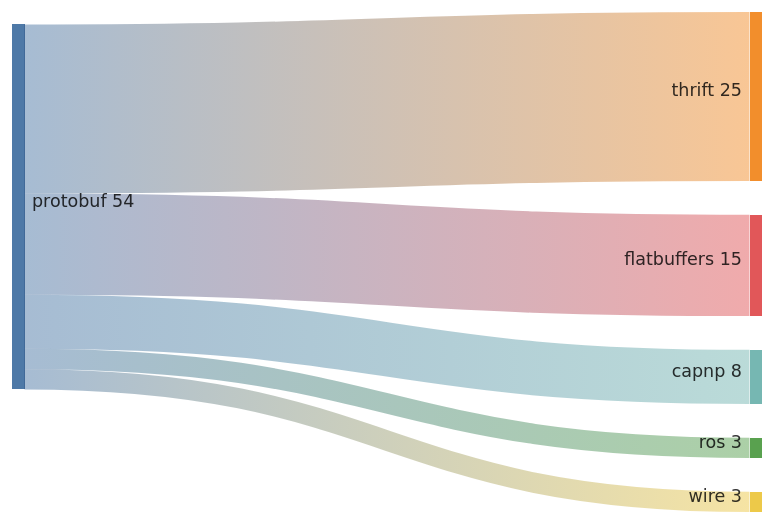
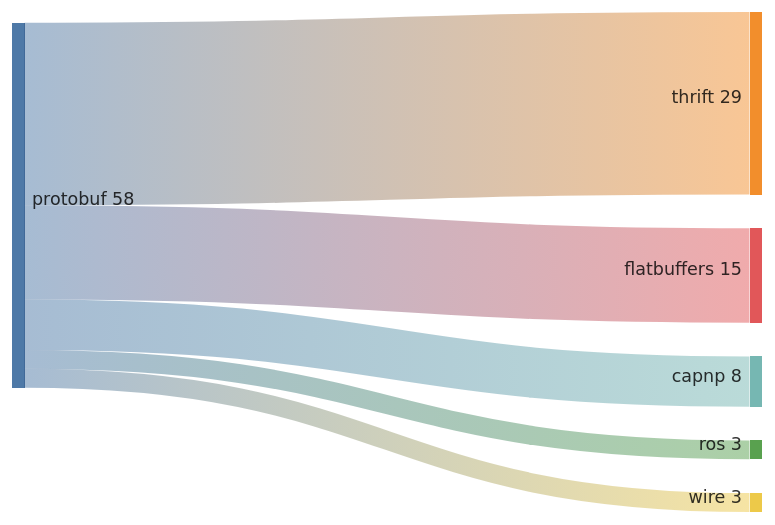
One commit to the-protobuf-project/buffers changed the second of 5 diagrams in README.md. Above: the diagram before and after it, drawn with Mermaid. The commit also changed other lines of this file and 13 other files, not shown here.

````diff
--- a/README.md
+++ b/README.md
@@ -195,9 +233,9 @@
 ```mermaid
 sankey-beta
 
-protobuf,thrift,25
+protobuf,thrift,29
 protobuf,flatbuffers,15
 protobuf,capnp,8
 protobuf,ros,3
 protobuf,wire,3
 ```
````
